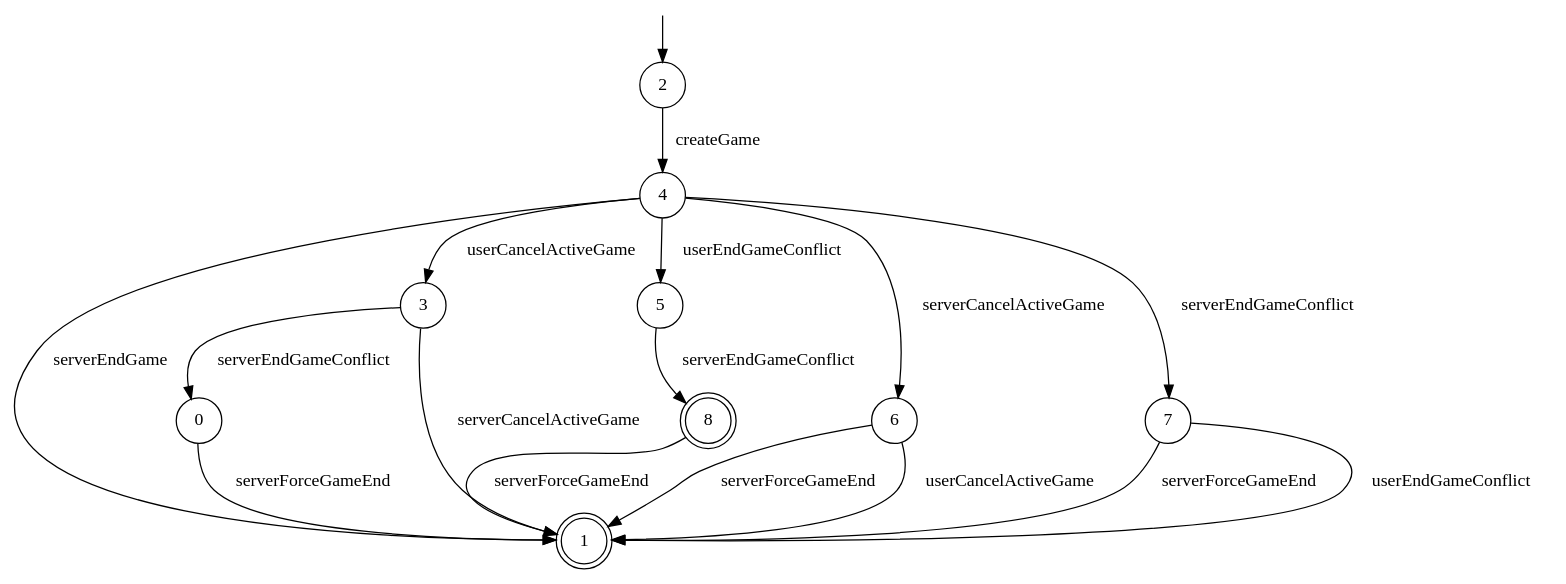
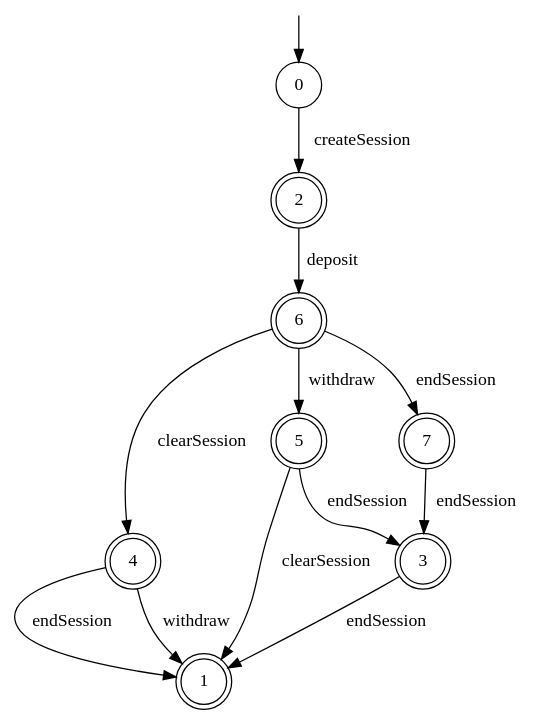
One commit to ntu-SRSLab/ModCon changed the diagram in examples/gambling/diceether/Diceether/sessionTraceSummary.dot. Above: the diagram before and after it, drawn with Graphviz. The commit also changed 144 other files, not shown here.

```diff
--- a/examples/gambling/diceether/Diceether/sessionTraceSummary.dot
+++ b/examples/gambling/diceether/Diceether/sessionTraceSummary.dot
@@ -1,31 +1,26 @@
 digraph g {
 
 	s0 [shape="circle" label="0"];
 	s1 [shape="doublecircle" label="1"];
-	s2 [shape="circle" label="2"];
-	s3 [shape="circle" label="3"];
-	s4 [shape="circle" label="4"];
-	s5 [shape="circle" label="5"];
-	s6 [shape="circle" label="6"];
-	s7 [shape="circle" label="7"];
-	s8 [shape="doublecircle" label="8"];
-	s0 -> s1 [label="serverForceGameEnd"];
-	s2 -> s4 [label="createGame"];
-	s3 -> s1 [label="serverCancelActiveGame"];
-	s3 -> s0 [label="serverEndGameConflict"];
-	s4 -> s6 [label="serverCancelActiveGame"];
-	s4 -> s5 [label="userEndGameConflict"];
-	s4 -> s3 [label="userCancelActiveGame"];
-	s4 -> s7 [label="serverEndGameConflict"];
-	s4 -> s1 [label="serverEndGame"];
-	s5 -> s8 [label="serverEndGameConflict"];
-	s6 -> s1 [label="serverForceGameEnd"];
-	s6 -> s1 [label="userCancelActiveGame"];
-	s7 -> s1 [label="serverForceGameEnd"];
-	s7 -> s1 [label="userEndGameConflict"];
-	s8 -> s1 [label="serverForceGameEnd"];
+	s2 [shape="doublecircle" label="2"];
+	s3 [shape="doublecircle" label="3"];
+	s4 [shape="doublecircle" label="4"];
+	s5 [shape="doublecircle" label="5"];
+	s6 [shape="doublecircle" label="6"];
+	s7 [shape="doublecircle" label="7"];
+	s0 -> s2 [label="createSession"];
+	s2 -> s6 [label="deposit"];
+	s3 -> s1 [label="endSession"];
+	s4 -> s1 [label="endSession"];
+	s4 -> s1 [label="withdraw"];
+	s5 -> s3 [label="endSession"];
+	s5 -> s1 [label="clearSession"];
+	s6 -> s7 [label="endSession"];
+	s6 -> s5 [label="withdraw"];
+	s6 -> s4 [label="clearSession"];
+	s7 -> s3 [label="endSession"];
 
 __start0 [label="" shape="none" width="0" height="0"];
-__start0 -> s2;
+__start0 -> s0;
 
 }
```
